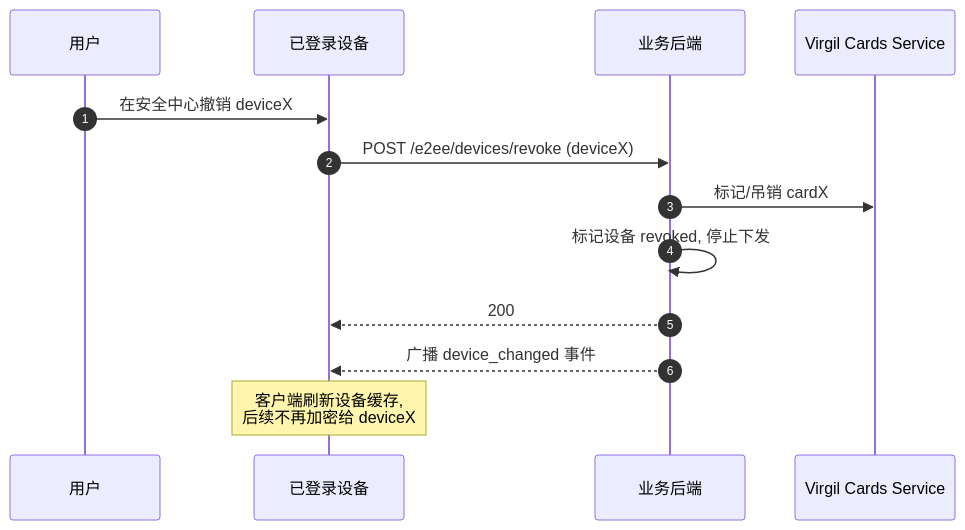
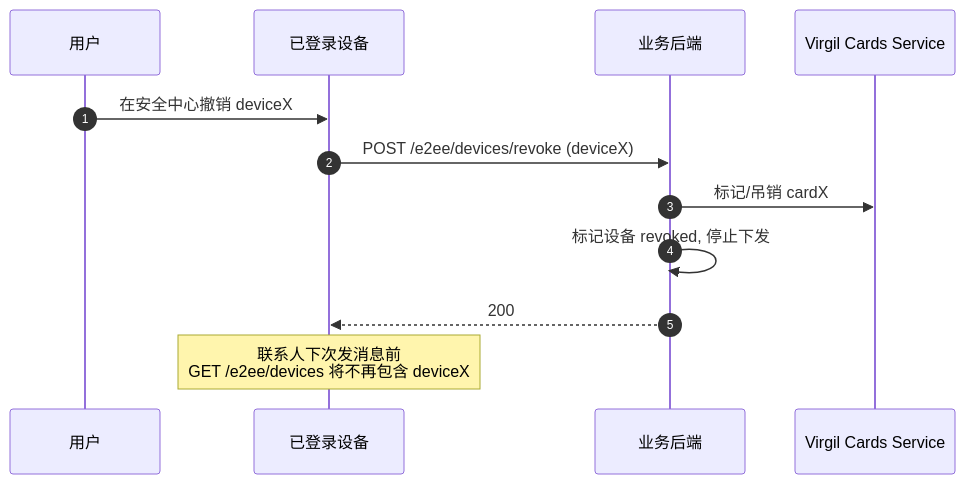
One commit to sok-im/open-im-server-origin changed the fifth of 6 diagrams in virgil-1v1-e2ee-design.md. Above: the diagram before and after it, drawn with Mermaid. The commit also changed other lines of this file and 17 other files, not shown here.

````diff
--- a/virgil-1v1-e2ee-design.md
+++ b/virgil-1v1-e2ee-design.md
@@ -176,17 +176,16 @@
 ```mermaid
 sequenceDiagram
     autonumber
     participant User as 用户
     participant App as 已登录设备
     participant BE as 业务后端
     participant V as Virgil Cards Service
 
     User->>App: 在安全中心撤销 deviceX
     App->>BE: POST /e2ee/devices/revoke (deviceX)
     BE->>V: 标记/吊销 cardX
     BE->>BE: 标记设备 revoked, 停止下发
     BE-->>App: 200
 
-    BE-->>App: 广播 device_changed 事件
-    Note over App: 客户端刷新设备缓存,<br/>后续不再加密给 deviceX
+    Note over App: 联系人下次发消息前<br/>GET /e2ee/devices 将不再包含 deviceX
 ```
````
